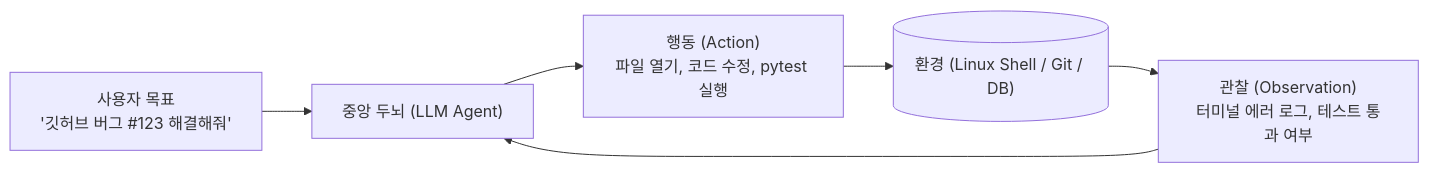
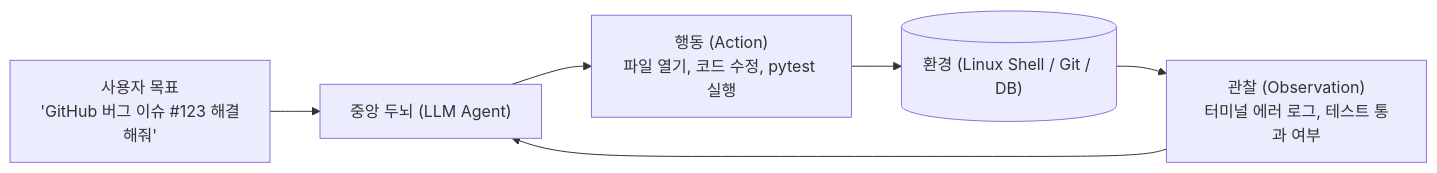
Before and after one commit to sing-u8/AI-Engineering: the first of 3 diagrams in chapter-qa/ch06-rag-and-agents-qa/03-ai-agents-tools-and-function-calling.md, drawn with Mermaid. The commit also changed other lines of this file and 25 other files, not shown here.

````diff
--- a/chapter-qa/ch06-rag-and-agents-qa/03-ai-agents-tools-and-function-calling.md
+++ b/chapter-qa/ch06-rag-and-agents-qa/03-ai-agents-tools-and-function-calling.md
@@ -41,8 +41,8 @@
 ```mermaid
 flowchart LR
-    Goal["사용자 목표\n'깃허브 버그 #123 해결해줘'"] --> Brain["중앙 두뇌 (LLM Agent)"]
+    Goal["사용자 목표\n'GitHub 버그 이슈 #123 해결해줘'"] --> Brain["중앙 두뇌 (LLM Agent)"]
     Brain --> Actions["행동 (Action)\n파일 열기, 코드 수정, pytest 실행"]
     Actions --> Env[("환경 (Linux Shell / Git / DB)")]
     Env --> Obs["관찰 (Observation)\n터미널 에러 로그, 테스트 통과 여부"]
     Obs --> Brain
 ```
````
